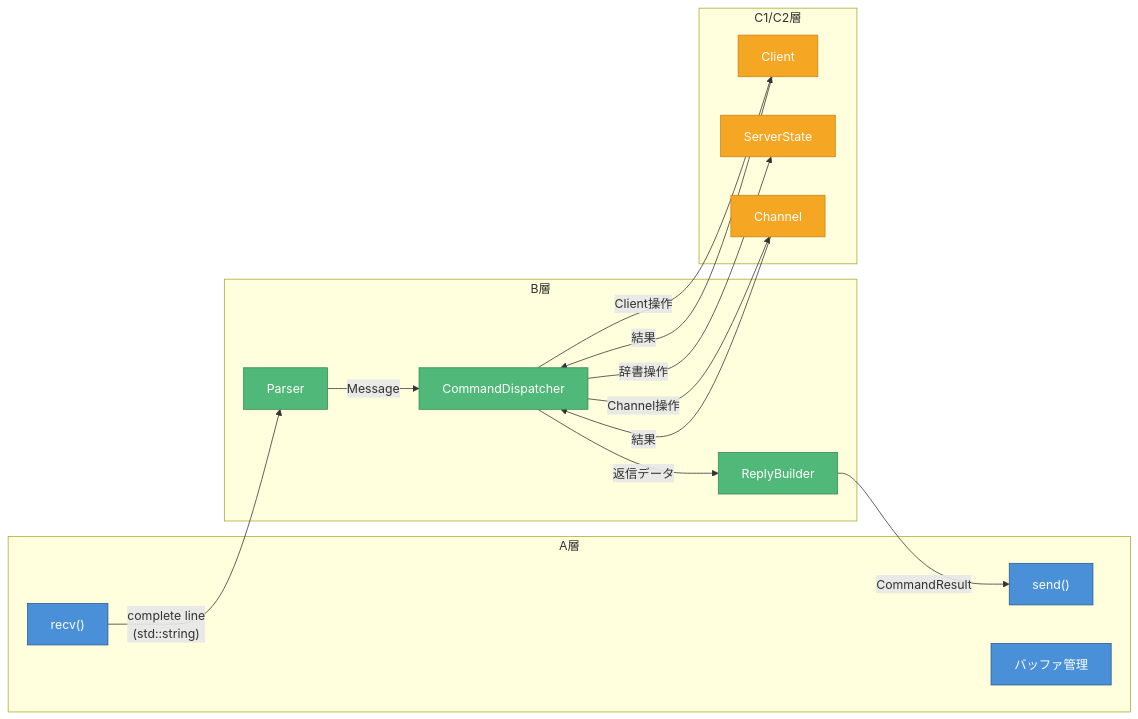
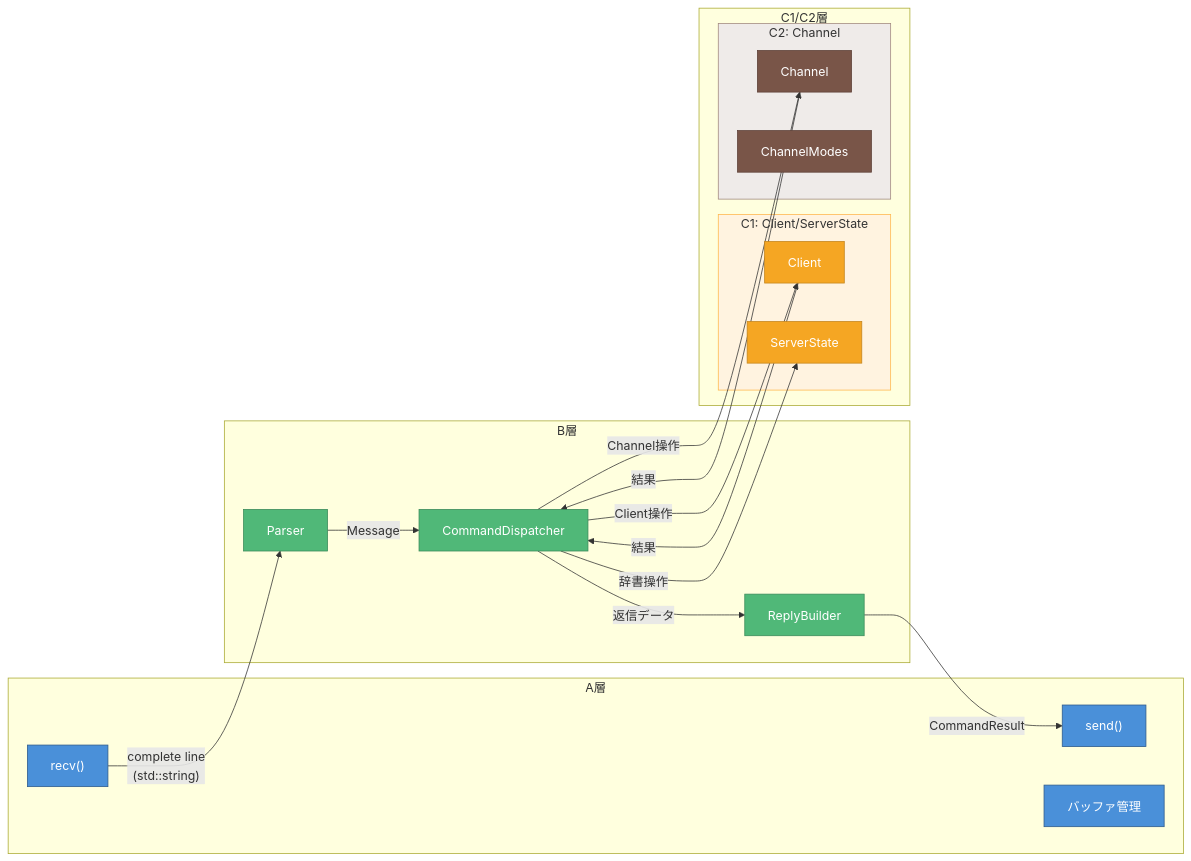
The second of 2 diagrams in dev_docs/diagrams/data_flow_diagram.md (tototec1234/IRC), drawn with Mermaid before and after one commit. The commit also changed other lines of this file and 26 other files, not shown here.

````diff
--- a/dev_docs/diagrams/data_flow_diagram.md
+++ b/dev_docs/diagrams/data_flow_diagram.md
@@ -61,40 +61,48 @@
 ```mermaid
 flowchart LR
     subgraph A_layer["A層"]
         recv["recv()"]
         send["send()"]
         buffer["バッファ管理"]
     end
 
     subgraph B_layer["B層"]
         parser["Parser"]
         dispatcher["CommandDispatcher"]
         reply["ReplyBuilder"]
     end
 
     subgraph C_layer["C1/C2層"]
-        client["Client"]
-        state["ServerState"]
-        channel["Channel"]
+        subgraph C1_sub["C1: Client/ServerState"]
+            client["Client"]
+            state["ServerState"]
+        end
+        subgraph C2_sub["C2: Channel"]
+            channel["Channel"]
+            modes["ChannelModes"]
+        end
     end
 
     recv -->|"complete line<br/>(std::string)"| parser
     parser -->|"Message"| dispatcher
     dispatcher -->|"Client操作"| client
     dispatcher -->|"辞書操作"| state
     dispatcher -->|"Channel操作"| channel
     client -->|"結果"| dispatcher
     channel -->|"結果"| dispatcher
     dispatcher -->|"返信データ"| reply
     reply -->|"CommandResult"| send
 
     style recv fill:#4A90D9,stroke:#2E5A8B,color:#fff
     style send fill:#4A90D9,stroke:#2E5A8B,color:#fff
     style buffer fill:#4A90D9,stroke:#2E5A8B,color:#fff
     style parser fill:#50B878,stroke:#3A8A5A,color:#fff
     style dispatcher fill:#50B878,stroke:#3A8A5A,color:#fff
     style reply fill:#50B878,stroke:#3A8A5A,color:#fff
     style client fill:#F5A623,stroke:#C4841C,color:#fff
     style state fill:#F5A623,stroke:#C4841C,color:#fff
-    style channel fill:#F5A623,stroke:#C4841C,color:#fff
+    style channel fill:#795548,stroke:#5D4037,color:#fff
+    style modes fill:#795548,stroke:#5D4037,color:#fff
+    style C1_sub fill:#FFF3E0,stroke:#FFB74D
+    style C2_sub fill:#EFEBE9,stroke:#A1887F
 ```
````
